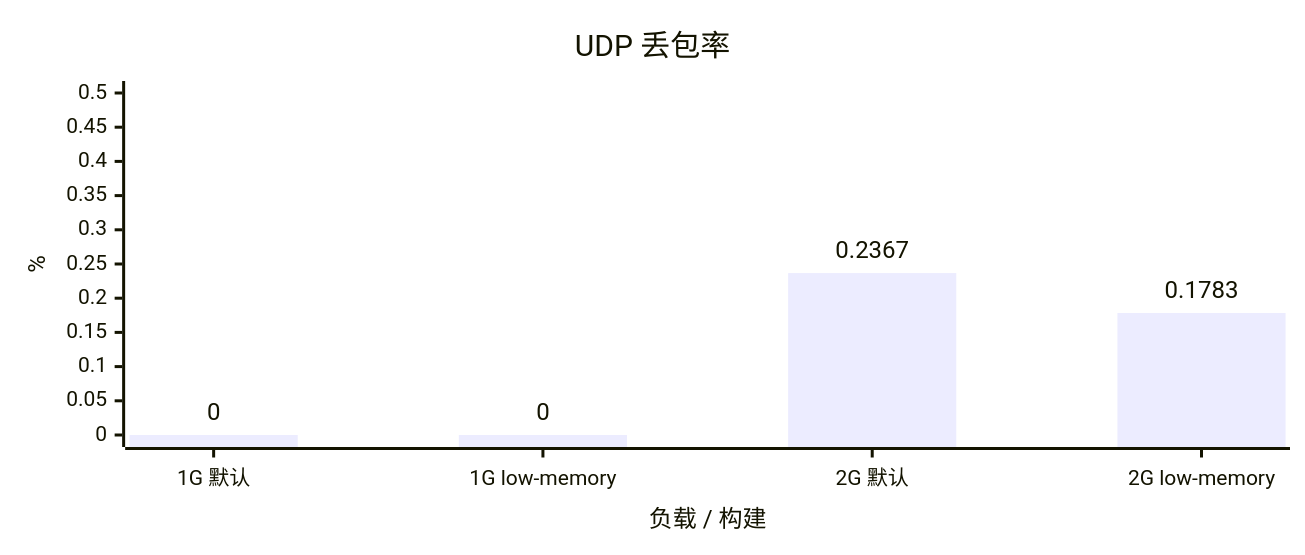
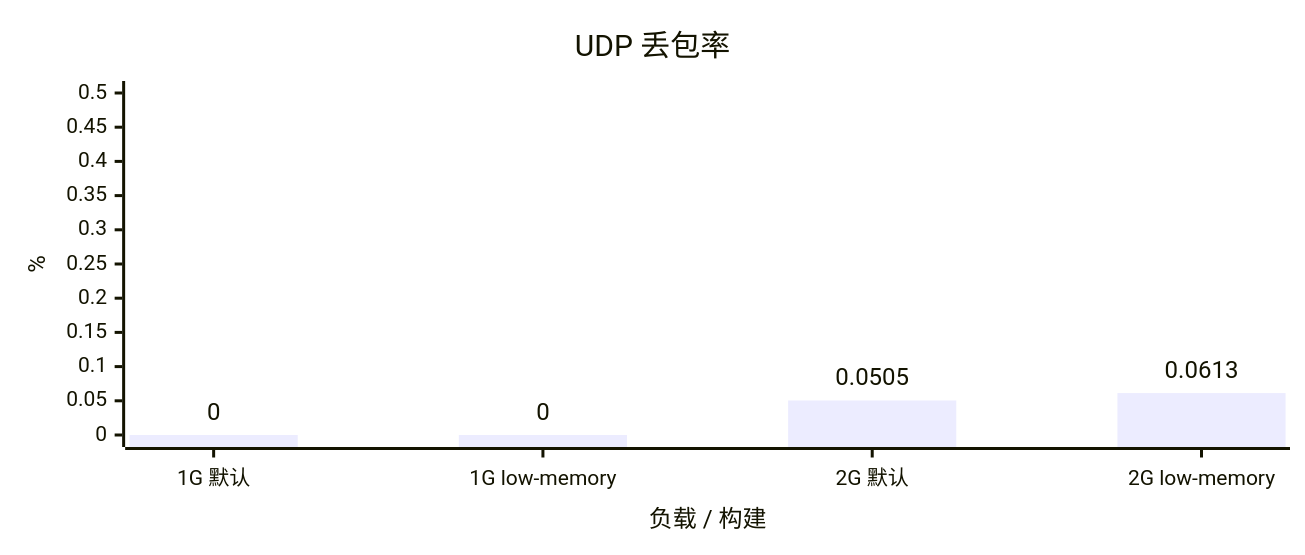
The fourth of 4 diagrams in docs/benchmark.md (YuanDevTeam/Vole), drawn with Mermaid before and after one commit. The commit also changed other lines of this file and 1 other file, not shown here.

````diff
--- a/docs/benchmark.md
+++ b/docs/benchmark.md
@@ -69,15 +67,15 @@
 ```mermaid
 ---
 config:
   xyChart:
     width: 850
     height: 350
     showDataLabel: true
     showDataLabelOutsideBar: true
 ---
 xychart
     title "UDP 丢包率"
     x-axis "负载 / 构建" ["1G 默认", "1G low-memory", "2G 默认", "2G low-memory"]
     y-axis "%" 0 --> 0.5
-    bar [0.0000, 0.0000, 0.2367, 0.1783]
+    bar [0.0000, 0.0000, 0.0505, 0.0613]
 ```
````
